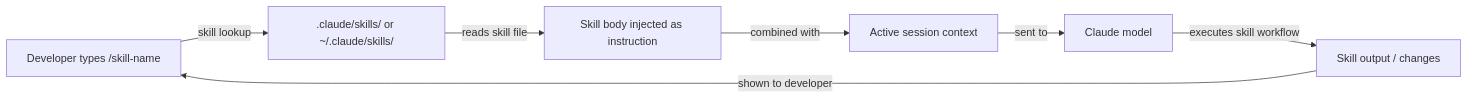
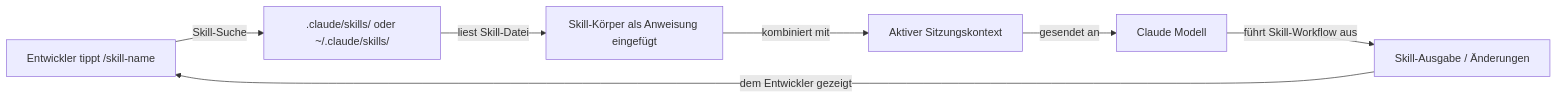
One commit to EmersonBraun/ai-summary-hub changed the diagram in i18n/de/docusaurus-plugin-content-docs/current/claude-code/skills.md. Above: the diagram before and after it, drawn with Mermaid. The commit also changed other lines of this file and 178 other files, not shown here.

````diff
--- a/i18n/de/docusaurus-plugin-content-docs/current/claude-code/skills.md
+++ b/i18n/de/docusaurus-plugin-content-docs/current/claude-code/skills.md
@@ -35,9 +37,9 @@
 ```mermaid
 flowchart LR
-  Dev[Developer types /skill-name] -->|skill lookup| Dir[.claude/skills/ or ~/.claude/skills/]
-  Dir -->|reads skill file| Body[Skill body injected as instruction]
-  Body -->|combined with| Context[Active session context]
-  Context -->|sent to| Claude[Claude model]
-  Claude -->|executes skill workflow| Output[Skill output / changes]
-  Output -->|shown to developer| Dev
+  Dev[Entwickler tippt /skill-name] -->|Skill-Suche| Dir[.claude/skills/ oder ~/.claude/skills/]
+  Dir -->|liest Skill-Datei| Body[Skill-Körper als Anweisung eingefügt]
+  Body -->|kombiniert mit| Context[Aktiver Sitzungskontext]
+  Context -->|gesendet an| Claude[Claude Modell]
+  Claude -->|führt Skill-Workflow aus| Output[Skill-Ausgabe / Änderungen]
+  Output -->|dem Entwickler gezeigt| Dev
 ```
````
